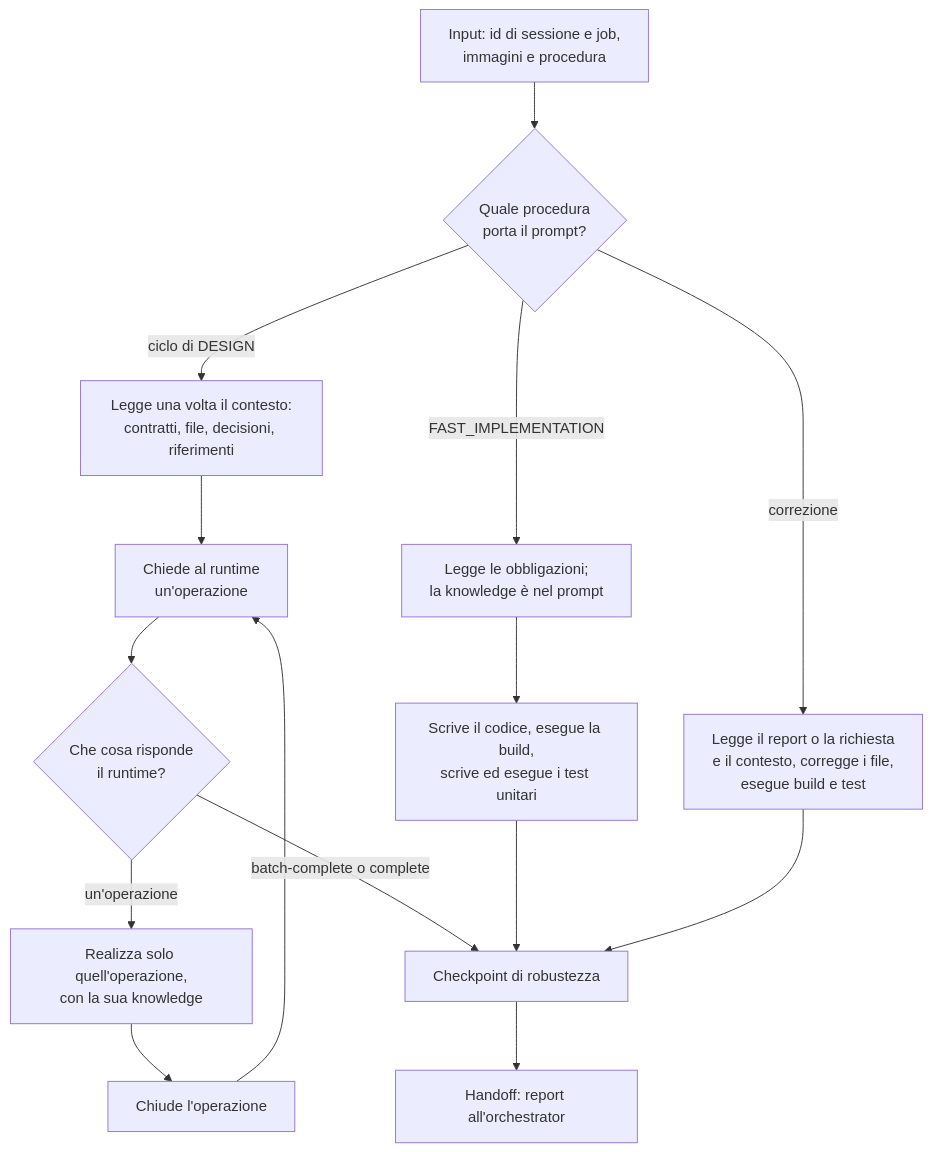
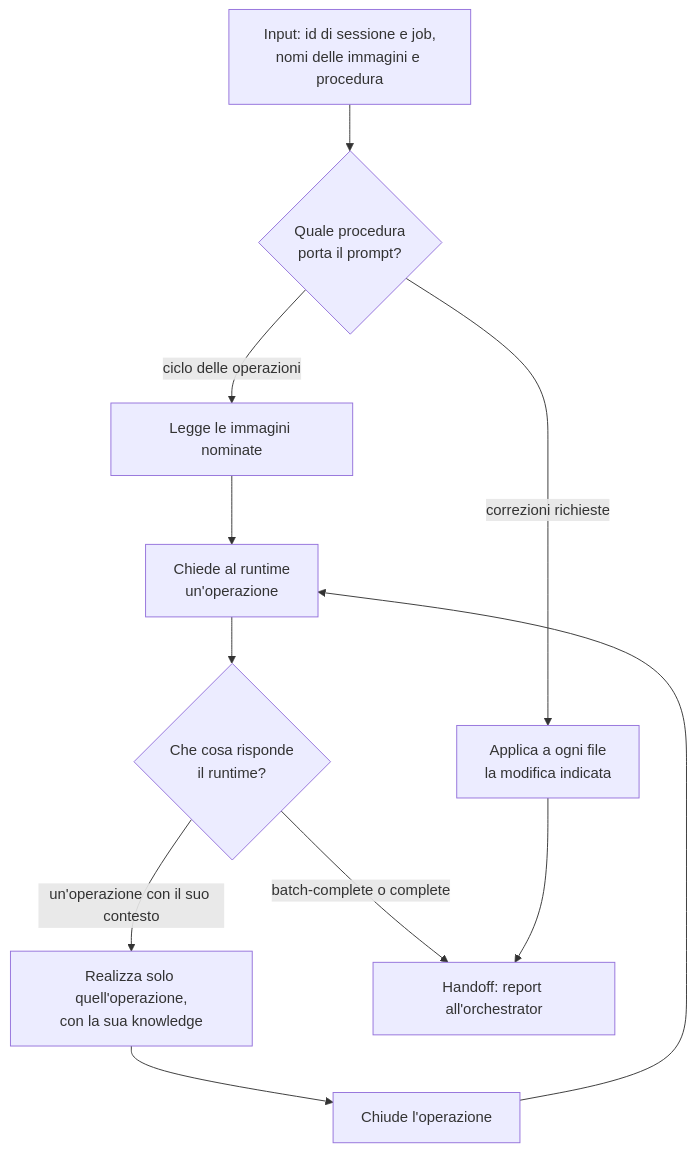
The diagram in orchestrator/role-maps/agents/code-implementor.md (violabg/agentic-system-lessons), drawn with Mermaid before and after one commit. The commit also changed other lines of this file and 69 other files, not shown here.

````diff
--- a/orchestrator/role-maps/agents/code-implementor.md
+++ b/orchestrator/role-maps/agents/code-implementor.md
@@ -17,17 +17,13 @@
 ```mermaid
 flowchart TD
-    Prompt[Input: id di sessione e job,<br/>immagini e procedura] --> Kind{Quale procedura<br/>porta il prompt?}
-    Kind -->|ciclo di DESIGN| Context[Legge una volta il contesto:<br/>contratti, file, decisioni, riferimenti]
-    Context --> Serve[Chiede al runtime<br/>un'operazione]
+    Prompt[Input: id di sessione e job,<br/>nomi delle immagini e procedura] --> Kind{Quale procedura<br/>porta il prompt?}
+    Kind -->|ciclo delle operazioni| Images[Legge le immagini nominate]
+    Images --> Serve[Chiede al runtime<br/>un'operazione]
     Serve --> Term{Che cosa risponde<br/>il runtime?}
-    Term -->|un'operazione| Work[Realizza solo quell'operazione,<br/>con la sua knowledge]
+    Term -->|un'operazione con il suo contesto| Work[Realizza solo quell'operazione,<br/>con la sua knowledge]
     Work --> Close[Chiude l'operazione]
     Close --> Serve
-    Term -->|batch-complete o complete| Checklist[Checkpoint di robustezza]
-    Kind -->|FAST_IMPLEMENTATION| Spec[Legge le obbligazioni;<br/>la knowledge è nel prompt]
-    Spec --> Build[Scrive il codice, esegue la build,<br/>scrive ed esegue i test unitari]
-    Build --> Checklist
-    Kind -->|correzione| Fix[Legge il report o la richiesta<br/>e il contesto, corregge i file,<br/>esegue build e test]
-    Fix --> Checklist
-    Checklist --> Report[Handoff: report all'orchestrator]
+    Term -->|batch-complete o complete| Report[Handoff: report all'orchestrator]
+    Kind -->|correzioni richieste| Fix[Applica a ogni file<br/>la modifica indicata]
+    Fix --> Report
 ```
````
